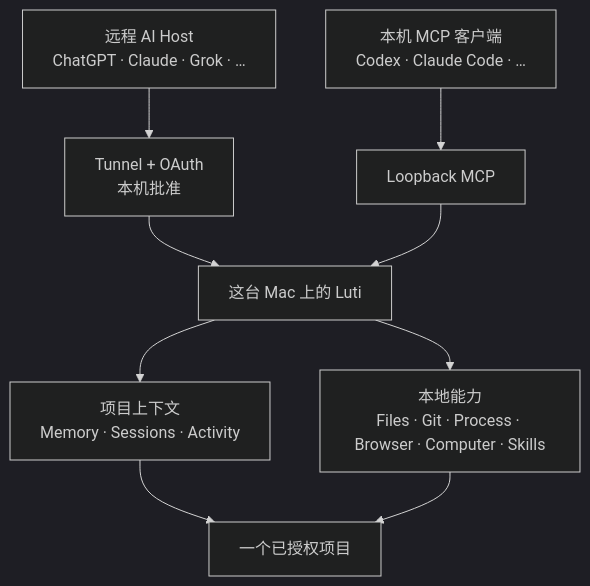
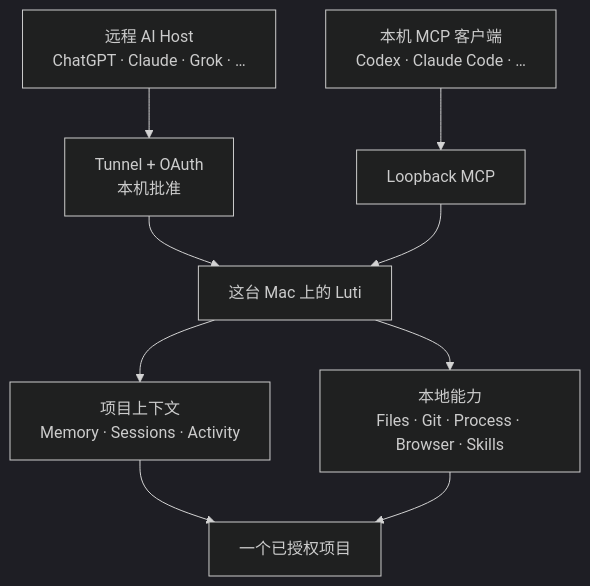
One commit to boltguo/Luti changed the diagram in README.zh-CN.md. Above: the diagram before and after it, drawn with Mermaid (dark theme). The commit also changed other lines of this file and 52 other files, not shown here.

````diff
--- a/README.zh-CN.md
+++ b/README.zh-CN.md
@@ -27,16 +27,16 @@
 ```mermaid
 flowchart TB
     remote["远程 AI Host<br/>ChatGPT · Claude · Grok · …"]
     local["本机 MCP 客户端<br/>Codex · Claude Code · …"]
     tunnel["Tunnel + OAuth<br/>本机批准"]
     loopback["Loopback MCP"]
     luti["这台 Mac 上的 Luti"]
     context["项目上下文<br/>Memory · Sessions · Activity"]
-    tools["本地能力<br/>Files · Git · Process · Browser · Computer · Skills"]
+    tools["本地能力<br/>Files · Git · Process · Browser · Skills"]
     project["一个已授权项目"]
 
     remote --> tunnel --> luti
     local --> loopback --> luti
     luti --> context --> project
     luti --> tools --> project
 ```
````
